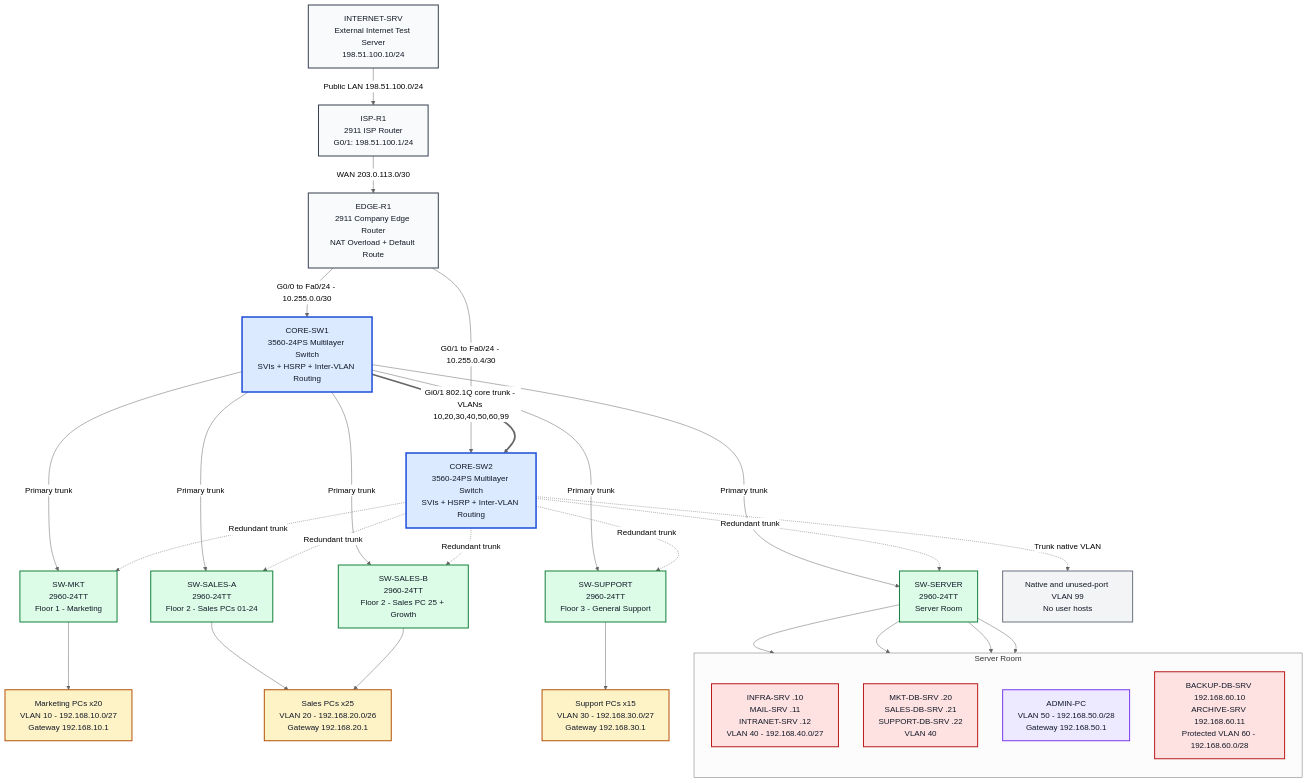
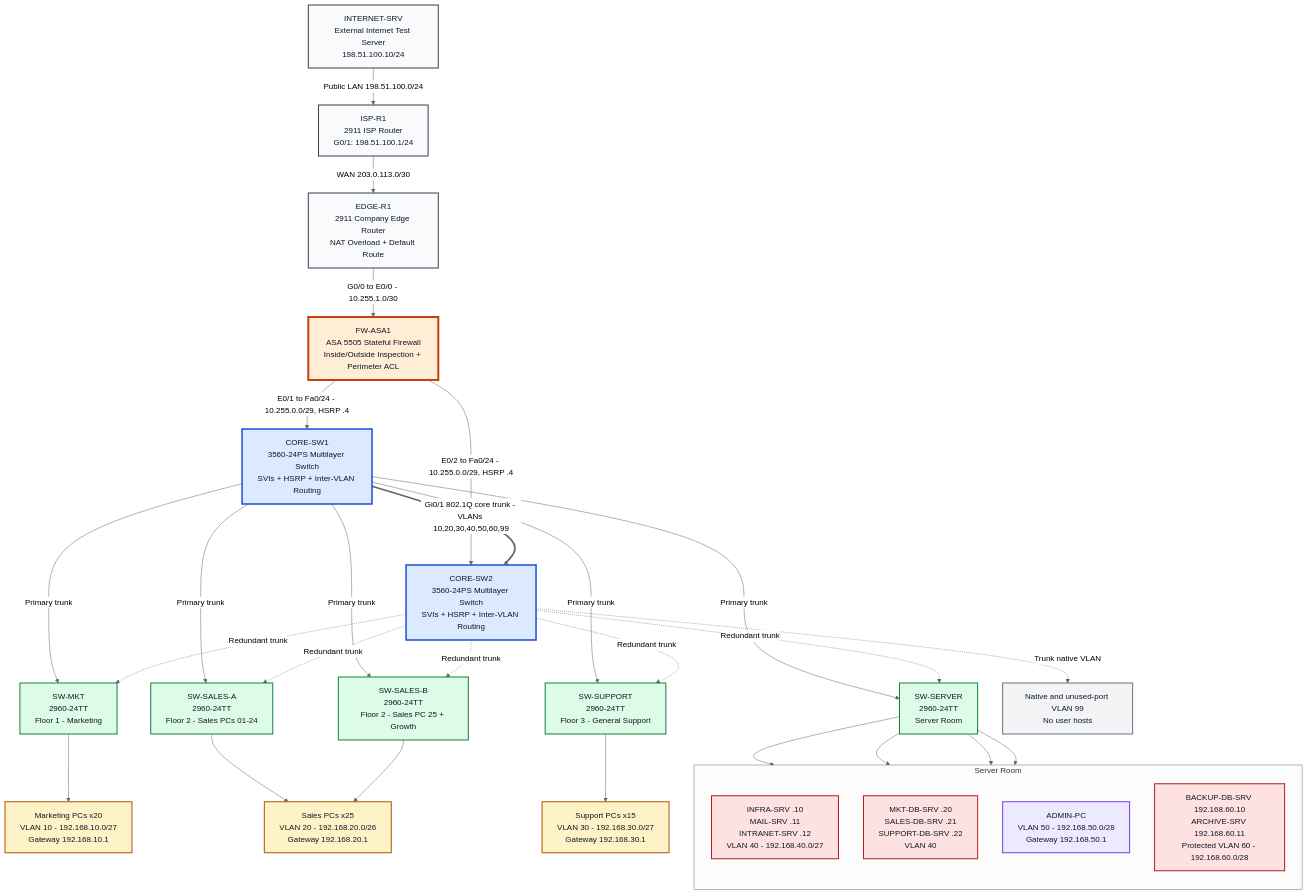
The diagram in MSS_Ltd_Architecture_Diagram.mmd (noeljabraham/Msc-Networking-Lab), drawn with Mermaid (neutral theme) before and after one commit. The commit also changed 6 other files, not shown here.

```diff
--- a/MSS_Ltd_Architecture_Diagram.mmd
+++ b/MSS_Ltd_Architecture_Diagram.mmd
@@ -1,70 +1,74 @@
 flowchart TB
     InternetServer[INTERNET-SRV<br/>External Internet Test Server<br/>198.51.100.10/24]
     ISP[ISP-R1<br/>2911 ISP Router<br/>G0/1: 198.51.100.1/24]
     Edge[EDGE-R1<br/>2911 Company Edge Router<br/>NAT Overload + Default Route]
+    Firewall[FW-ASA1<br/>ASA 5505 Stateful Firewall<br/>Inside/Outside Inspection + Perimeter ACL]
 
     Core1[CORE-SW1<br/>3560-24PS Multilayer Switch<br/>SVIs + HSRP + Inter-VLAN Routing]
     Core2[CORE-SW2<br/>3560-24PS Multilayer Switch<br/>SVIs + HSRP + Inter-VLAN Routing]
 
     MktSW[SW-MKT<br/>2960-24TT<br/>Floor 1 - Marketing]
     SalesA[SW-SALES-A<br/>2960-24TT<br/>Floor 2 - Sales PCs 01-24]
     SalesB[SW-SALES-B<br/>2960-24TT<br/>Floor 2 - Sales PC 25 + Growth]
     SupportSW[SW-SUPPORT<br/>2960-24TT<br/>Floor 3 - General Support]
     ServerSW[SW-SERVER<br/>2960-24TT<br/>Server Room]
 
     MKT[Marketing PCs x20<br/>VLAN 10 - 192.168.10.0/27<br/>Gateway 192.168.10.1]
     SALES[Sales PCs x25<br/>VLAN 20 - 192.168.20.0/26<br/>Gateway 192.168.20.1]
     SUPPORT[Support PCs x15<br/>VLAN 30 - 192.168.30.0/27<br/>Gateway 192.168.30.1]
 
     subgraph ServerRoom[Server Room]
         direction TB
         Prod[INFRA-SRV .10<br/>MAIL-SRV .11<br/>INTRANET-SRV .12<br/>VLAN 40 - 192.168.40.0/27]
         DB[MKT-DB-SRV .20<br/>SALES-DB-SRV .21<br/>SUPPORT-DB-SRV .22<br/>VLAN 40]
         Admin[ADMIN-PC<br/>VLAN 50 - 192.168.50.0/28<br/>Gateway 192.168.50.1]
         Backup[BACKUP-DB-SRV 192.168.60.10<br/>ARCHIVE-SRV 192.168.60.11<br/>Protected VLAN 60 - 192.168.60.0/28]
     end
 
     InternetServer -- "Public LAN 198.51.100.0/24" --> ISP
     ISP -- "WAN 203.0.113.0/30" --> Edge
-    Edge -- "G0/0 to Fa0/24 - 10.255.0.0/30" --> Core1
-    Edge -- "G0/1 to Fa0/24 - 10.255.0.4/30" --> Core2
+    Edge -- "G0/0 to E0/0 - 10.255.1.0/30" --> Firewall
+    Firewall -- "E0/1 to Fa0/24 - 10.255.0.0/29, HSRP .4" --> Core1
+    Firewall -- "E0/2 to Fa0/24 - 10.255.0.0/29, HSRP .4" --> Core2
     Core1 == "Gi0/1 802.1Q core trunk - VLANs 10,20,30,40,50,60,99" ==> Core2
 
     Core1 -- "Primary trunk" --> MktSW
     Core2 -. "Redundant trunk" .-> MktSW
     Core1 -- "Primary trunk" --> SalesA
     Core2 -. "Redundant trunk" .-> SalesA
     Core1 -- "Primary trunk" --> SalesB
     Core2 -. "Redundant trunk" .-> SalesB
     Core1 -- "Primary trunk" --> SupportSW
     Core2 -. "Redundant trunk" .-> SupportSW
     Core1 -- "Primary trunk" --> ServerSW
     Core2 -. "Redundant trunk" .-> ServerSW
 
     MktSW --> MKT
     SalesA --> SALES
     SalesB --> SALES
     SupportSW --> SUPPORT
     ServerSW --> Prod
     ServerSW --> DB
     ServerSW --> Admin
     ServerSW --> Backup
 
     Native[Native and unused-port VLAN 99<br/>No user hosts]
     Core2 -. "Trunk native VLAN" .-> Native
 
     classDef external fill:#f9fafb,stroke:#374151,stroke-width:2px,color:#111827;
+    classDef firewall fill:#ffedd5,stroke:#c2410c,stroke-width:4px,color:#111827;
     classDef core fill:#dbeafe,stroke:#1d4ed8,stroke-width:3px,color:#111827;
     classDef access fill:#dcfce7,stroke:#15803d,stroke-width:2px,color:#111827;
     classDef users fill:#fef3c7,stroke:#b45309,stroke-width:2px,color:#111827;
     classDef servers fill:#fee2e2,stroke:#b91c1c,stroke-width:2px,color:#111827;
     classDef management fill:#ede9fe,stroke:#7c3aed,stroke-width:2px,color:#111827;
     classDef native fill:#f3f4f6,stroke:#6b7280,stroke-width:2px,color:#111827;
 
     class InternetServer,ISP,Edge external;
+    class Firewall firewall;
     class Core1,Core2 core;
     class MktSW,SalesA,SalesB,SupportSW,ServerSW access;
     class MKT,SALES,SUPPORT users;
     class Prod,DB,Backup servers;
     class Admin management;
     class Native native;
```
